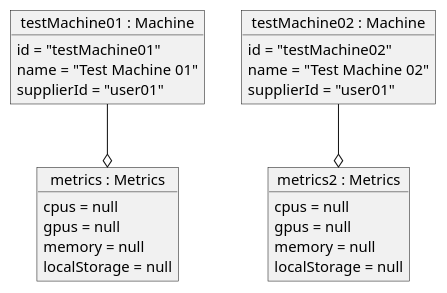
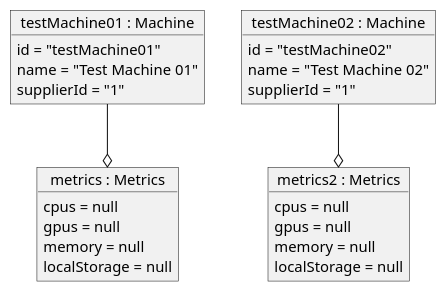
Before and after one commit to Plan-B-PO/docs: the diagram in test_scenarios/data/UC8_in.puml, drawn with PlantUML. The commit also changed 2 other files, not shown here.

```diff
--- a/test_scenarios/data/UC8_in.puml
+++ b/test_scenarios/data/UC8_in.puml
@@ -1,33 +1,33 @@
 @startuml
 
 object "testMachine01 : Machine" as testMachine01 {
     id = "testMachine01"
     name = "Test Machine 01"
-    supplierId = "user01"
+    supplierId = "1"
 }
 
 object "metrics : Metrics" as metrics {
     cpus = null
     gpus = null
     memory = null
     localStorage = null
 }
 
 testMachine01 --o metrics
 
 object "testMachine02 : Machine" as testMachine02 {
     id = "testMachine02"
     name = "Test Machine 02"
-    supplierId = "user01"
+    supplierId = "1"
 }
 
 object "metrics2 : Metrics" as metrics2 {
     cpus = null
     gpus = null
     memory = null
     localStorage = null
 }
 
 testMachine02 --o metrics2
 
 @enduml
```
